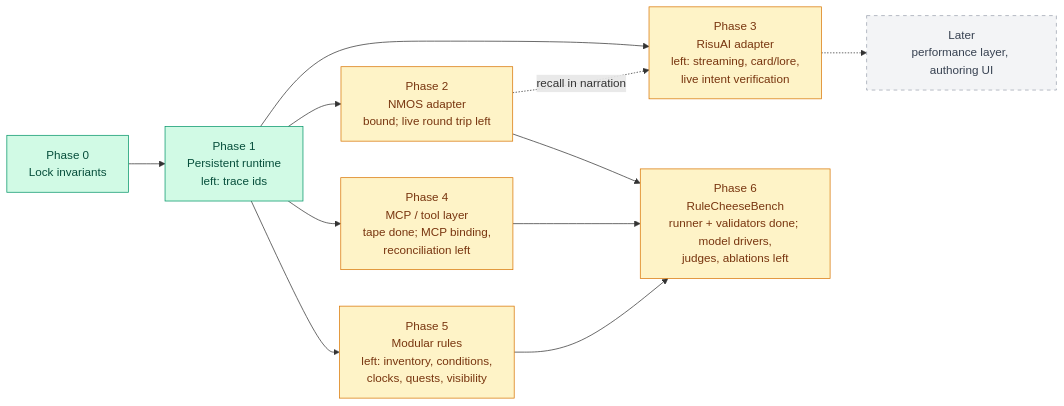
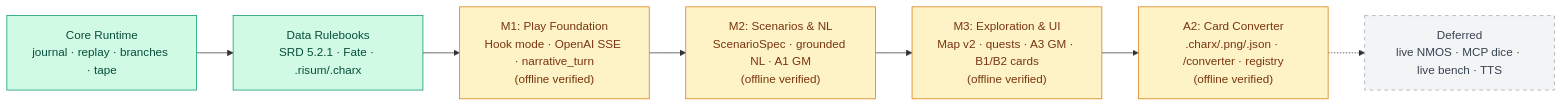
Before and after one commit to Sallos725/SAGA: the second of 2 diagrams in README.md, drawn with Mermaid. The commit also changed other lines of this file and 15 other files, not shown here.

````diff
--- a/README.md
+++ b/README.md
@@ -98,21 +107,16 @@
 ```mermaid
 flowchart LR
-    p0["Phase 0<br/>Lock invariants"]:::done
-    p1["Phase 1<br/>Persistent runtime<br/>left: trace ids"]:::done
-    p2["Phase 2<br/>NMOS adapter<br/>bound; live round trip left"]:::partial
-    p3["Phase 3<br/>RisuAI adapter<br/>left: streaming, card/lore,<br/>live intent verification"]:::partial
-    p4["Phase 4<br/>MCP / tool layer<br/>tape done; MCP binding,<br/>reconciliation left"]:::partial
-    p5["Phase 5<br/>Modular rules<br/>left: inventory, conditions,<br/>clocks, quests, visibility"]:::partial
-    p6["Phase 6<br/>RuleCheeseBench<br/>runner + validators done; model drivers,<br/>judges, ablations left"]:::partial
-    later["Later<br/>performance layer, authoring UI"]:::planned
+    p0["Core Runtime<br/>journal · replay · branches · tape"]:::done
+    rb["Data Rulebooks<br/>SRD 5.2.1 · Fate · .risum/.charx"]:::done
+    m1["M1: Play Foundation<br/>Hook mode · OpenAI SSE · narrative_turn<br/>(offline verified)"]:::partial
+    m2["M2: Scenarios & NL<br/>ScenarioSpec · grounded NL · A1 GM<br/>(offline verified)"]:::partial
+    m3["M3: Exploration & UI<br/>Map v2 · quests · A3 GM · B1/B2 cards<br/>(offline verified)"]:::partial
+    a2["A2: Card Converter<br/>.charx/.png/.json · /converter · registry<br/>(offline verified)"]:::partial
+    later["Deferred<br/>live NMOS · MCP dice · live bench · TTS"]:::planned
 
-    p0 --> p1
-    p1 --> p2 & p3 & p4 & p5
-    p2 -. "recall in narration" .-> p3
-    p2 & p4 & p5 --> p6
-    p3 -.-> later
+    p0 --> rb --> m1 --> m2 --> m3 --> a2 -.-> later
 
     classDef done fill:#d1fae5,stroke:#059669,color:#064e3b
     classDef partial fill:#fef3c7,stroke:#d97706,color:#78350f
     classDef planned fill:#f3f4f6,stroke:#9ca3af,color:#374151,stroke-dasharray: 5 5
 ```
````
